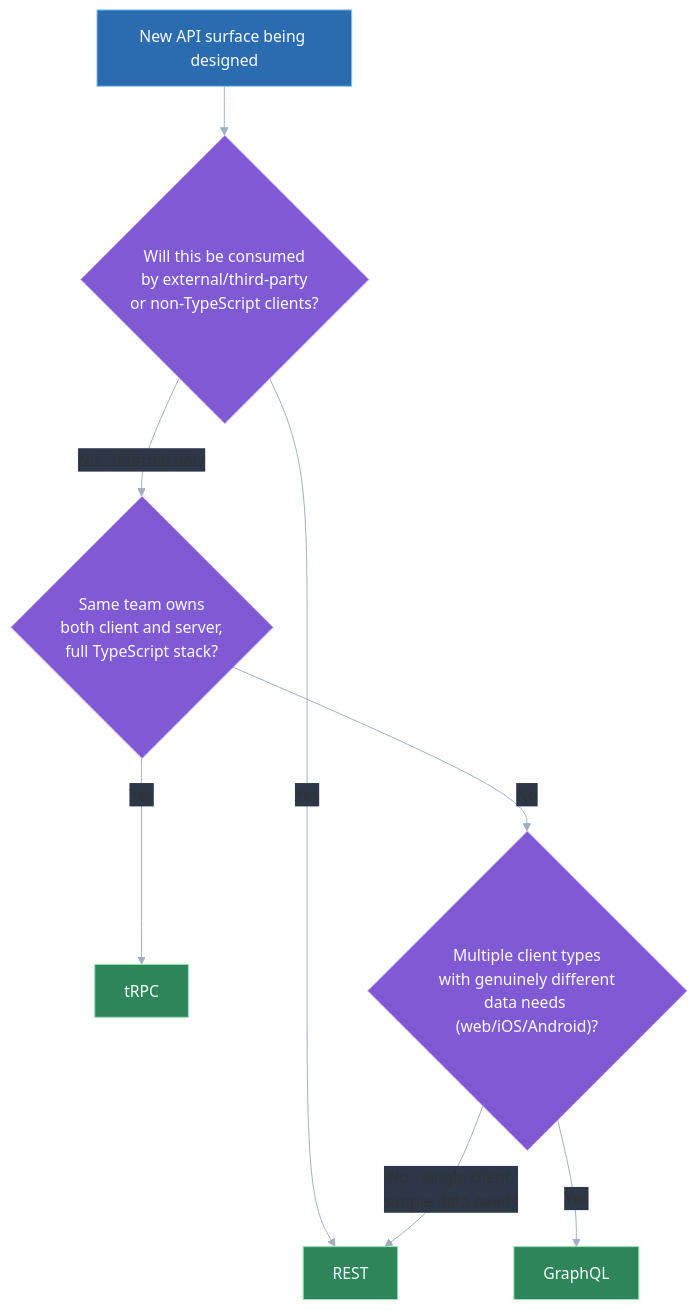
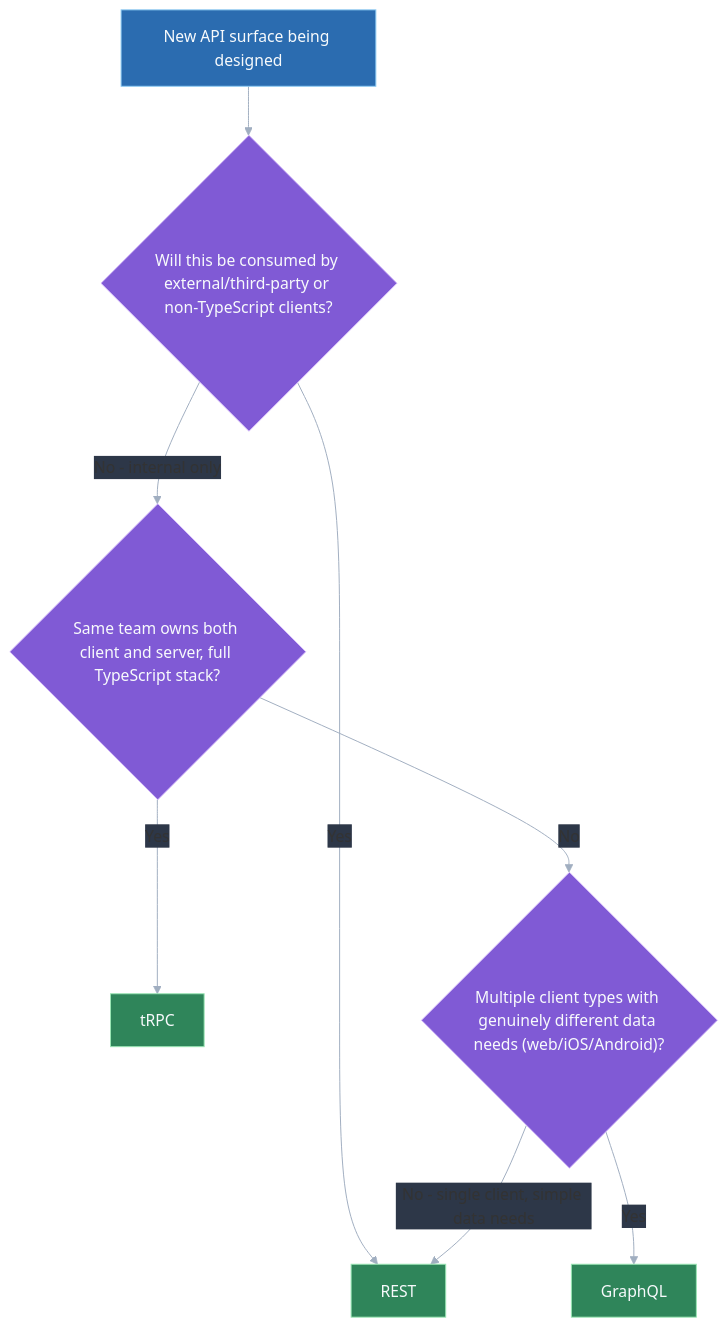
The first of 2 diagrams in data/topics/api-design-tradeoffs.md (vinayakhumberi/litmus), drawn with Mermaid before and after one commit. The commit also changed other lines of this file and 68 other files, not shown here.

````diff
--- a/data/topics/api-design-tradeoffs.md
+++ b/data/topics/api-design-tradeoffs.md
@@ -82,19 +82,19 @@
 ```mermaid
 %%{init: {"theme": "base", "themeVariables": {"lineColor": "#a0aec0", "edgeLabelBackground": "#2d3748", "textColor": "#f7fafc"}}}%%
 graph TD
-    A["New API surface being designed"] --> B{"Will this be consumed<br>by external/third-party<br>or non-TypeScript clients?"}
+    A["New API surface being designed"] --> B{"Will this be consumed by external/third-party or non-TypeScript clients?"}
     B -- "Yes" --> C["REST"]
-    B -- "No - internal only" --> D{"Same team owns<br>both client and server,<br>full TypeScript stack?"}
+    B -- "No - internal only" --> D{"Same team owns both client and server, full TypeScript stack?"}
     D -- "Yes" --> E["tRPC"]
-    D -- "No" --> F{"Multiple client types<br>with genuinely different<br>data needs (web/iOS/Android)?"}
+    D -- "No" --> F{"Multiple client types with genuinely different data needs (web/iOS/Android)?"}
     F -- "Yes" --> G["GraphQL"]
-    F -- "No - single client,<br>simple data needs" --> C
+    F -- "No - single client, simple data needs" --> C
 
     classDef stage fill:#2b6cb0,stroke:#90cdf4,color:#f7fafc
     classDef decision fill:#805ad5,stroke:#d6bcfa,color:#f7fafc
     classDef done fill:#2f855a,stroke:#9ae6b4,color:#f7fafc
 
     class A stage
     class B,D,F decision
     class C,E,G done
 ```
````
